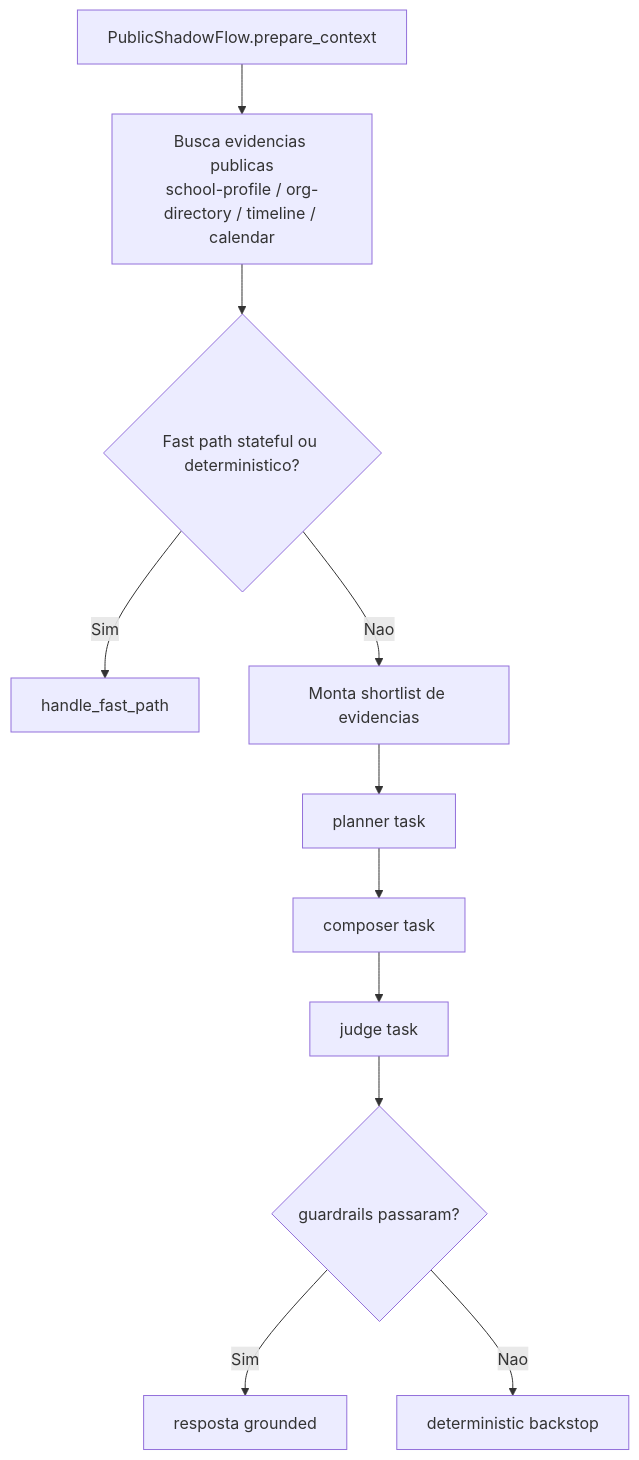
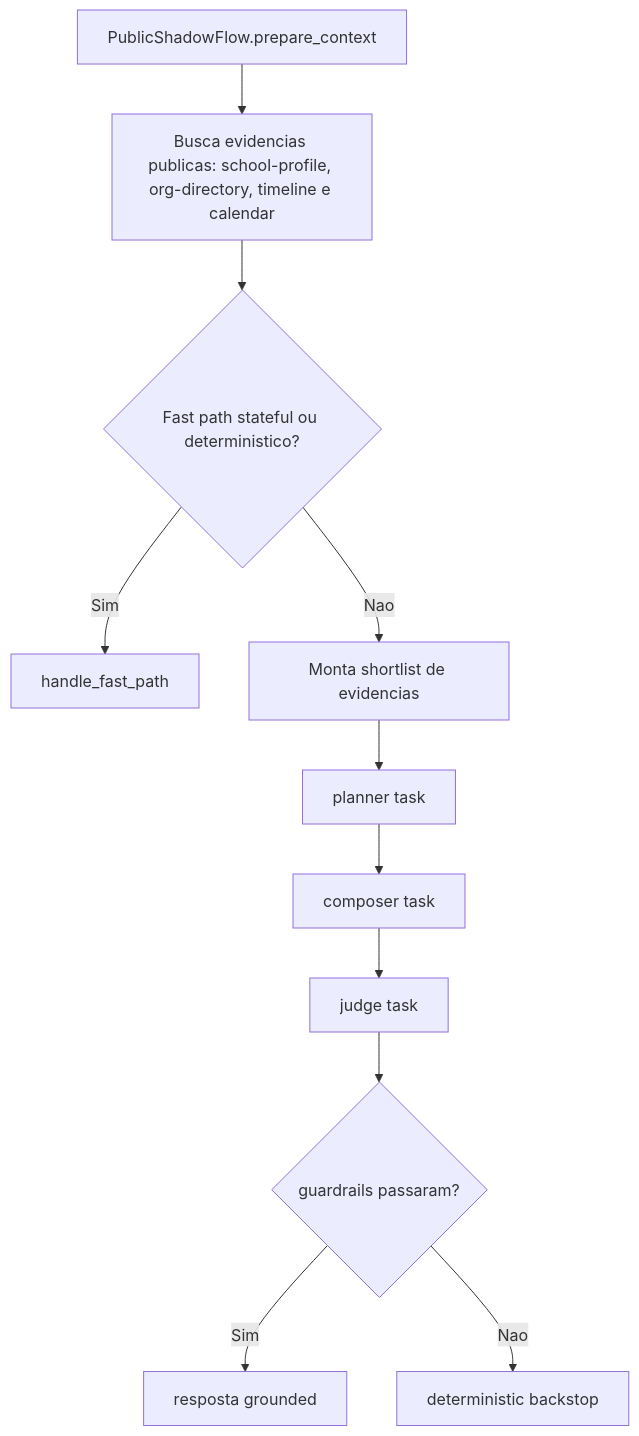
Before and after one commit to EliseuODaniel/eduassist-platform: the ninth of 15 diagrams in docs/architecture/dual-stack-runtime-visual-guide.md, drawn with Mermaid. The commit also changed other lines of this file, not shown here.

Commit message:
Simplify Mermaid syntax in dual stack visual guide

````diff
--- a/docs/architecture/dual-stack-runtime-visual-guide.md
+++ b/docs/architecture/dual-stack-runtime-visual-guide.md
@@ -234,13 +234,13 @@
 ```mermaid
-flowchart TD
-    A["PublicShadowFlow.prepare_context"] --> B["Busca evidencias publicas<br/>school-profile / org-directory / timeline / calendar"]
+graph TD
+    A["PublicShadowFlow.prepare_context"] --> B["Busca evidencias publicas: school-profile, org-directory, timeline e calendar"]
     B --> C{"Fast path stateful ou deterministico?"}
     C -- Sim --> D["handle_fast_path"]
     C -- Nao --> E["Monta shortlist de evidencias"]
     E --> F["planner task"]
     F --> G["composer task"]
     G --> H["judge task"]
     H --> I{"guardrails passaram?"}
     I -- Sim --> J["resposta grounded"]
     I -- Nao --> K["deterministic backstop"]
 ```
````
